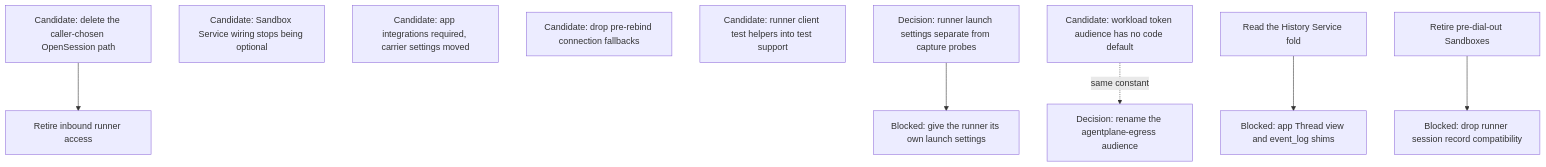
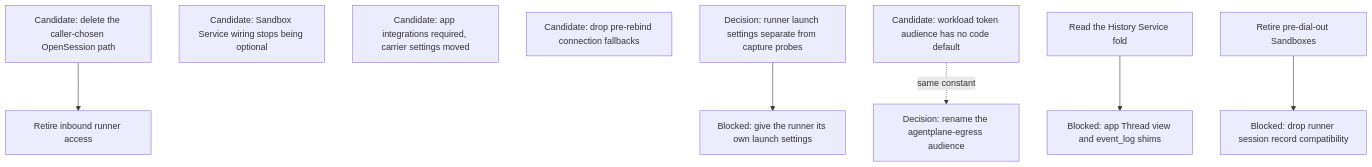
Diagram 11 of 11 in agentplane/plans/task_dag.md (agentydragon-agent/ducktape), drawn with Mermaid before and after one commit. The commit also changed other lines of this file and 11 other files, not shown here.

````diff
--- a/agentplane/plans/task_dag.md
+++ b/agentplane/plans/task_dag.md
@@ -1036,22 +1036,21 @@
 ```mermaid
 flowchart TD
     OPEN_SESSION_RETIRE[Candidate: delete the caller-chosen OpenSession path]
     SANDBOX_SERVICE_RESOURCES_REQUIRED[Candidate: Sandbox Service wiring stops being optional]
     APP_SETTINGS_REQUIRED[Candidate: app integrations required, carrier settings moved]
     ACTION_CONNECTION_REBIND_SHIMS[Candidate: drop pre-rebind connection fallbacks]
-    RUNNER_CLIENT_TEST_HELPERS[Candidate: runner client test helpers into test support]
     RUNNER_LAUNCH_SETTINGS[Decision: runner launch settings separate from capture probes]
     WORKLOAD_AUDIENCE_DEFAULTS[Candidate: workload token audience has no code default]
     WORKLOAD_AUDIENCE_RENAME[Decision: rename the agentplane-egress audience]
     APP_THREAD_VIEW_CLEANUP[Blocked: app Thread view and event_log shims]
     RUNNER_INBOUND_RETIRE[Retire inbound runner access]
     FOLD_READ_CUTOVER[Read the History Service fold]
     OPEN_SESSION_RETIRE --> RUNNER_INBOUND_RETIRE
     RUNNER_LAUNCH_SETTINGS_SPLIT[Blocked: give the runner its own launch settings]
     RUNNER_LAUNCH_SETTINGS --> RUNNER_LAUNCH_SETTINGS_SPLIT
     WORKLOAD_AUDIENCE_DEFAULTS -. same constant .-> WORKLOAD_AUDIENCE_RENAME
     FOLD_READ_CUTOVER --> APP_THREAD_VIEW_CLEANUP
     RUNNER_SESSION_RECORD_SHIMS[Blocked: drop runner session record compatibility]
     LEGACY_SANDBOX_RETIRE[Retire pre-dial-out Sandboxes]
     LEGACY_SANDBOX_RETIRE --> RUNNER_SESSION_RECORD_SHIMS
 ```
````
